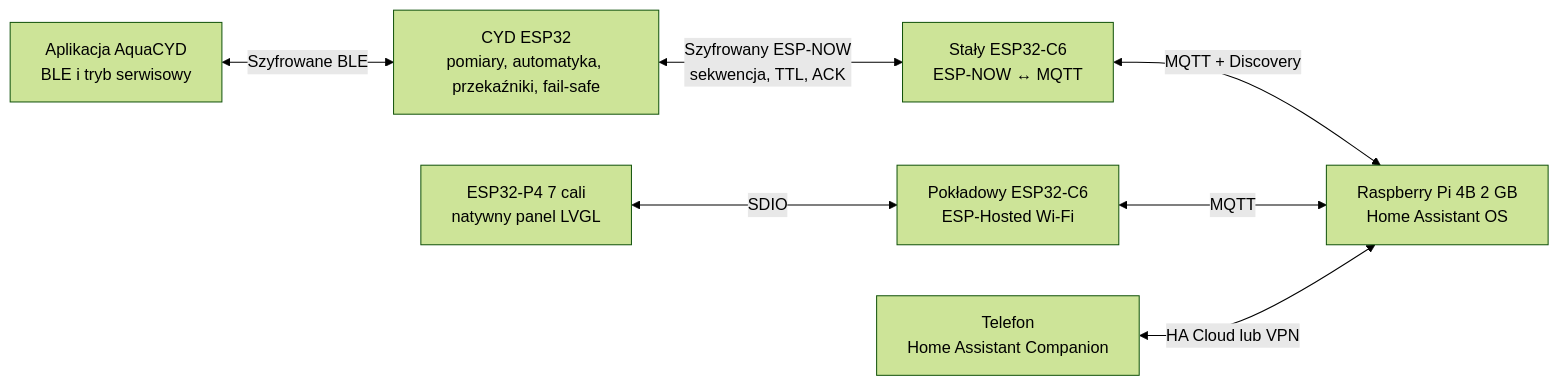
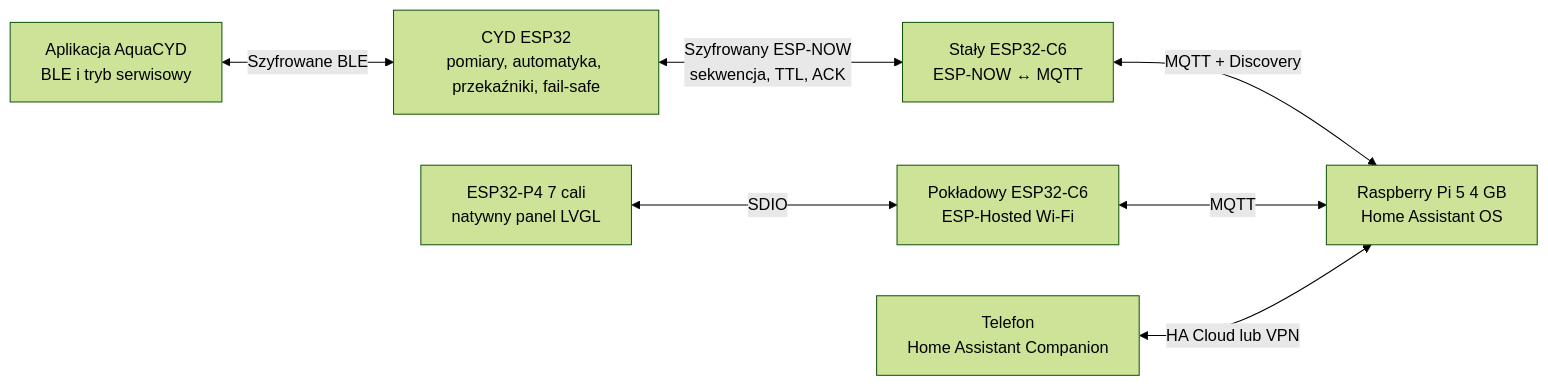
The diagram in docs/PROJECT_DIRECTION.md (Baartek57548/AkwariumCYD), drawn with Mermaid (forest theme) before and after one commit. The commit also changed other lines of this file and 37 other files, not shown here.

````diff
--- a/docs/PROJECT_DIRECTION.md
+++ b/docs/PROJECT_DIRECTION.md
@@ -22,17 +22,17 @@
 ```mermaid
 flowchart LR
     CYD["CYD ESP32<br/>pomiary, automatyka, przekaźniki, fail-safe"]
     GW["Stały ESP32-C6<br/>ESP-NOW ↔ MQTT"]
-    HA["Raspberry Pi 4B 2 GB<br/>Home Assistant OS"]
+    HA["Raspberry Pi 5 4 GB<br/>Home Assistant OS"]
     HMI["ESP32-P4 7 cali<br/>natywny panel LVGL"]
     HC6["Pokładowy ESP32-C6<br/>ESP-Hosted Wi-Fi"]
     PHONE["Telefon<br/>Home Assistant Companion"]
     SERVICE["Aplikacja AquaCYD<br/>BLE i tryb serwisowy"]
 
     CYD <-->|"Szyfrowany ESP-NOW<br/>sekwencja, TTL, ACK"| GW
     GW <-->|"MQTT + Discovery"| HA
     HMI <-->|"SDIO"| HC6
     HC6 <-->|"MQTT"| HA
     PHONE <-->|"HA Cloud lub VPN"| HA
     SERVICE <-->|"Szyfrowane BLE"| CYD
 ```
````
